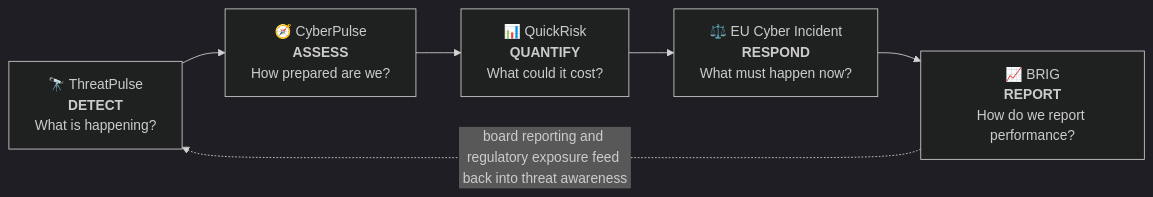
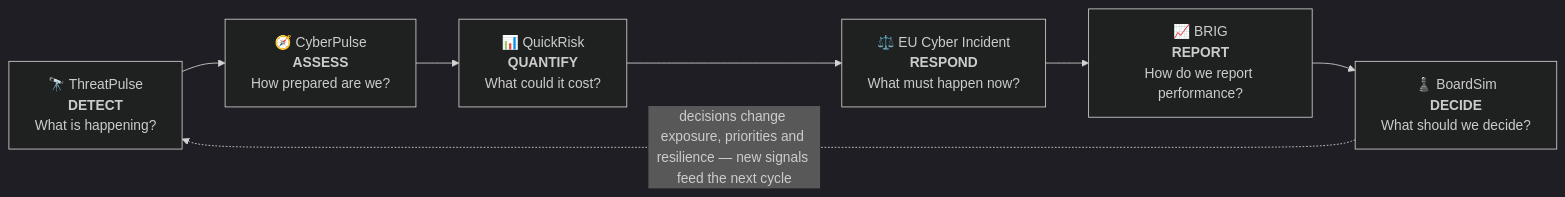
Before and after one commit to johniliad/johniliad: the first of 2 diagrams in README.md, drawn with Mermaid (dark theme). The commit also changed other lines of this file and 7 other files, not shown here.

First line of the commit message:
Add BoardSim as the sixth application on both surfaces

````diff
--- a/README.md
+++ b/README.md
@@ -137,8 +137,9 @@
 ```mermaid
 flowchart LR
     A["🔭 ThreatPulse<br/><b>DETECT</b><br/>What is happening?"] --> B["🧭 CyberPulse<br/><b>ASSESS</b><br/>How prepared are we?"]
     B --> C["📊 QuickRisk<br/><b>QUANTIFY</b><br/>What could it cost?"]
     C --> D["⚖️ EU Cyber Incident<br/><b>RESPOND</b><br/>What must happen now?"]
     D --> E["📈 BRIG<br/><b>REPORT</b><br/>How do we report performance?"]
-    E -.->|"board reporting and regulatory exposure feed back into threat awareness"| A
+    E --> F["♟️ BoardSim<br/><b>DECIDE</b><br/>What should we decide?"]
+    F -.->|"decisions change exposure, priorities and resilience — new signals feed the next cycle"| A
 ```
````
